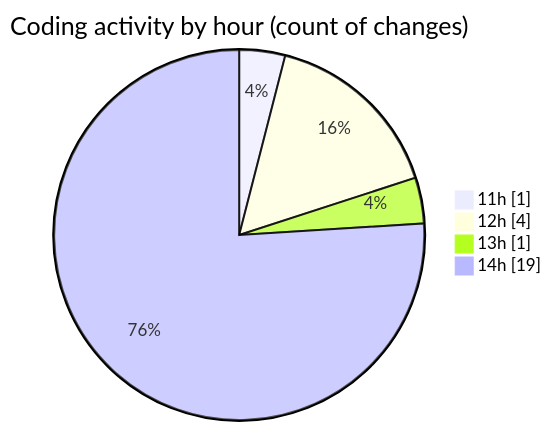
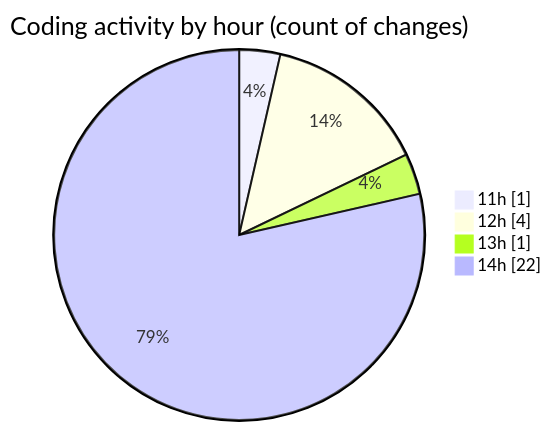
Before and after one commit to nxtqubesakshisongat/code-tracking: the second of 2 diagrams in 2026-07-28/nxtqube_webapp/README.md, drawn with Mermaid. The commit also changed other lines of this file and 1 other file, not shown here.

````diff
--- a/2026-07-28/nxtqube_webapp/README.md
+++ b/2026-07-28/nxtqube_webapp/README.md
@@ -43,8 +44,8 @@
 ```mermaid
 pie showData
 title Coding activity by hour (count of changes)
 "11h" : 1
 "12h" : 4
 "13h" : 1
-"14h" : 19
+"14h" : 22
 ```
````
